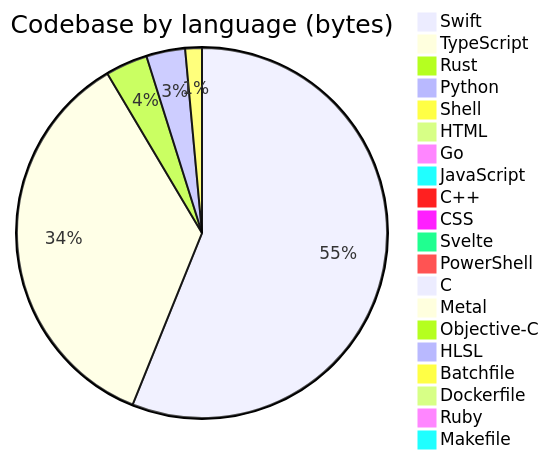
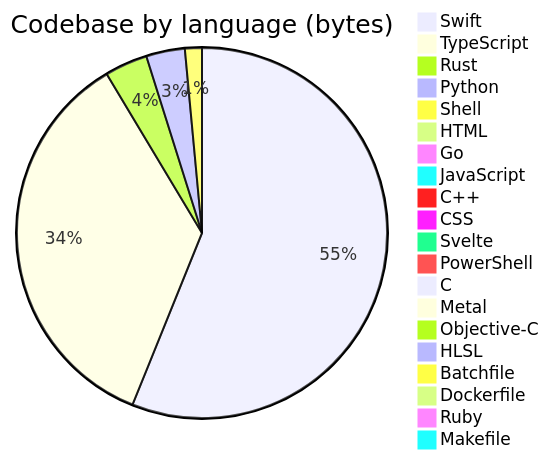
One commit to Open330/.github changed the diagram in profile/README.md. Above: the diagram before and after it, drawn with Mermaid. The commit also changed other lines of this file, not shown here.

````diff
--- a/profile/README.md
+++ b/profile/README.md
@@ -136,23 +136,23 @@
 ```mermaid
 pie title Codebase by language (bytes)
-    "Swift" : 59082774
-    "TypeScript" : 37230365
-    "Rust" : 3876061
-    "Python" : 3568931
-    "Shell" : 1533491
-    "HTML" : 849749
+    "Swift" : 59354557
+    "TypeScript" : 37319869
+    "Rust" : 3956607
+    "Python" : 3569154
+    "Shell" : 1565196
+    "HTML" : 858753
     "Go" : 572897
-    "JavaScript" : 489916
+    "JavaScript" : 494939
     "C++" : 388775
-    "CSS" : 237107
+    "CSS" : 239993
     "Svelte" : 143451
-    "PowerShell" : 129999
+    "PowerShell" : 131318
     "C" : 121359
     "Metal" : 33033
     "Objective-C" : 11658
     "HLSL" : 7527
     "Batchfile" : 5870
     "Dockerfile" : 4893
-    "Ruby" : 3430
+    "Ruby" : 3359
     "Makefile" : 1150
 ```
````
